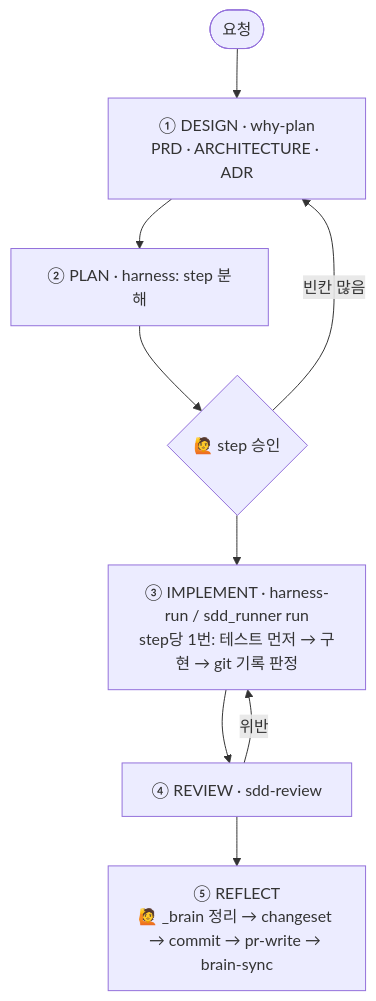
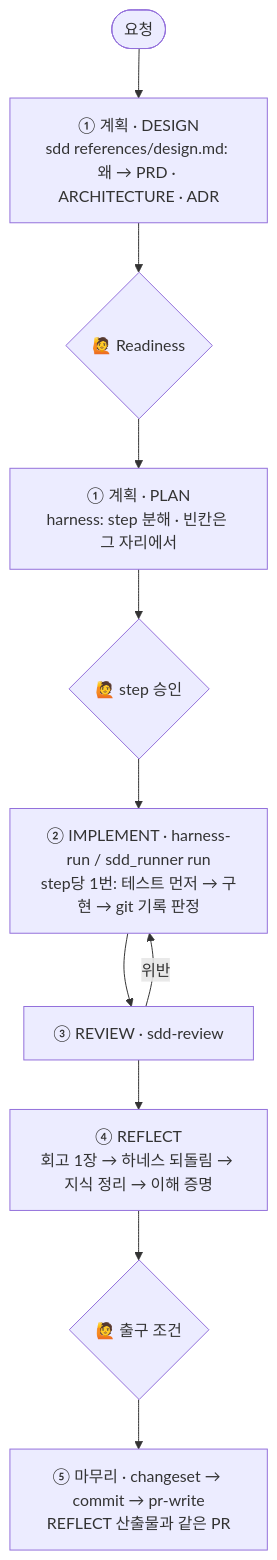
The diagram in README.md (jtwjs/claude-harness), drawn with Mermaid before and after one commit. The commit also changed other lines of this file and 17 other files, not shown here.

First line of the commit message:
feat(sdd): ① 계획(DESIGN→PLAN) · why-plan을 sdd에 내장 + 범용 why 신설 · REFLECT 재설계 · ⑤ 마무리 분리 (0.22.0)

````diff
--- a/README.md
+++ b/README.md
@@ -45,11 +45,13 @@
 ```mermaid
 flowchart TD
-  A([요청]) --> D["① DESIGN · why-plan<br/>PRD · ARCHITECTURE · ADR"]
-  D --> H["② PLAN · harness: step 분해"]
+  A([요청]) --> D["① 계획 · DESIGN<br/>sdd references/design.md: 왜 → PRD · ARCHITECTURE · ADR"]
+  D --> RD{🙋 Readiness}
+  RD --> H["① 계획 · PLAN<br/>harness: step 분해 · 빈칸은 그 자리에서"]
   H --> G{🙋 step 승인}
-  G -->|빈칸 많음| D
-  G --> R["③ IMPLEMENT · harness-run / sdd_runner run<br/>step당 1번: 테스트 먼저 → 구현 → git 기록 판정"]
-  R --> V["④ REVIEW · sdd-review"]
+  G --> R["② IMPLEMENT · harness-run / sdd_runner run<br/>step당 1번: 테스트 먼저 → 구현 → git 기록 판정"]
+  R --> V["③ REVIEW · sdd-review"]
   V -->|위반| R
-  V --> F["⑤ REFLECT<br/>🙋 _brain 정리 → changeset → commit → pr-write → brain-sync"]
+  V --> F["④ REFLECT<br/>회고 1장 → 하네스 되돌림 → 지식 정리 → 이해 증명"]
+  F --> X{🙋 출구 조건}
+  X --> P["⑤ 마무리 · changeset → commit → pr-write<br/>REFLECT 산출물과 같은 PR"]
 ```
````
